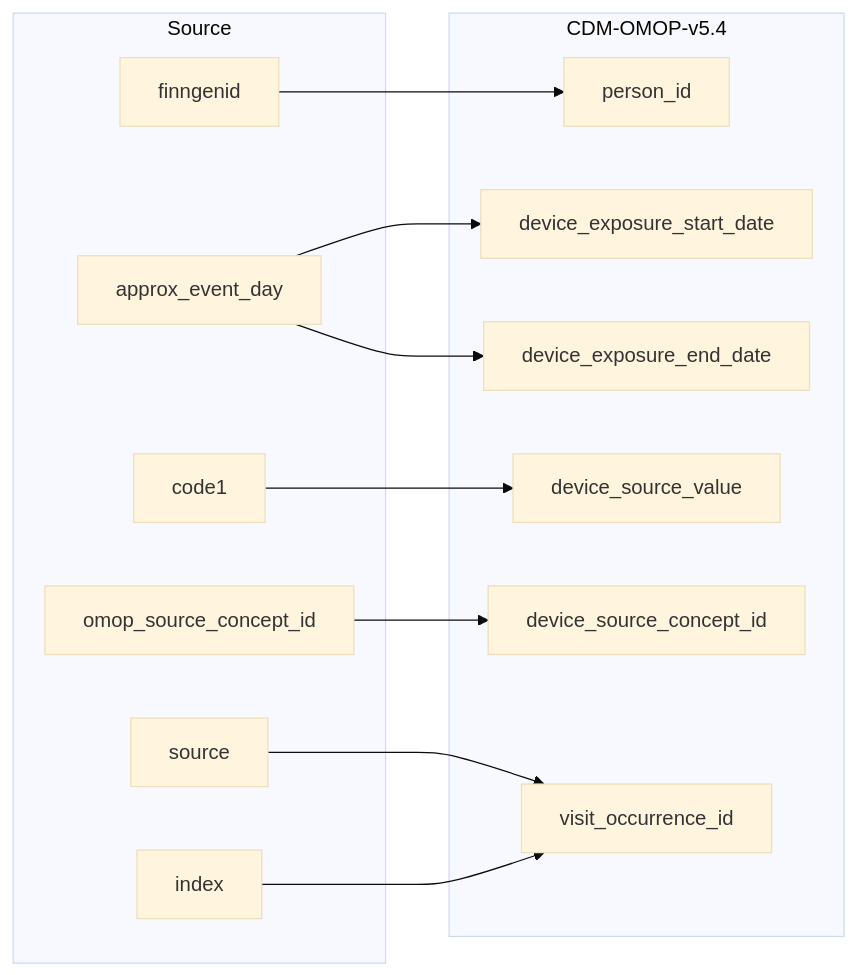
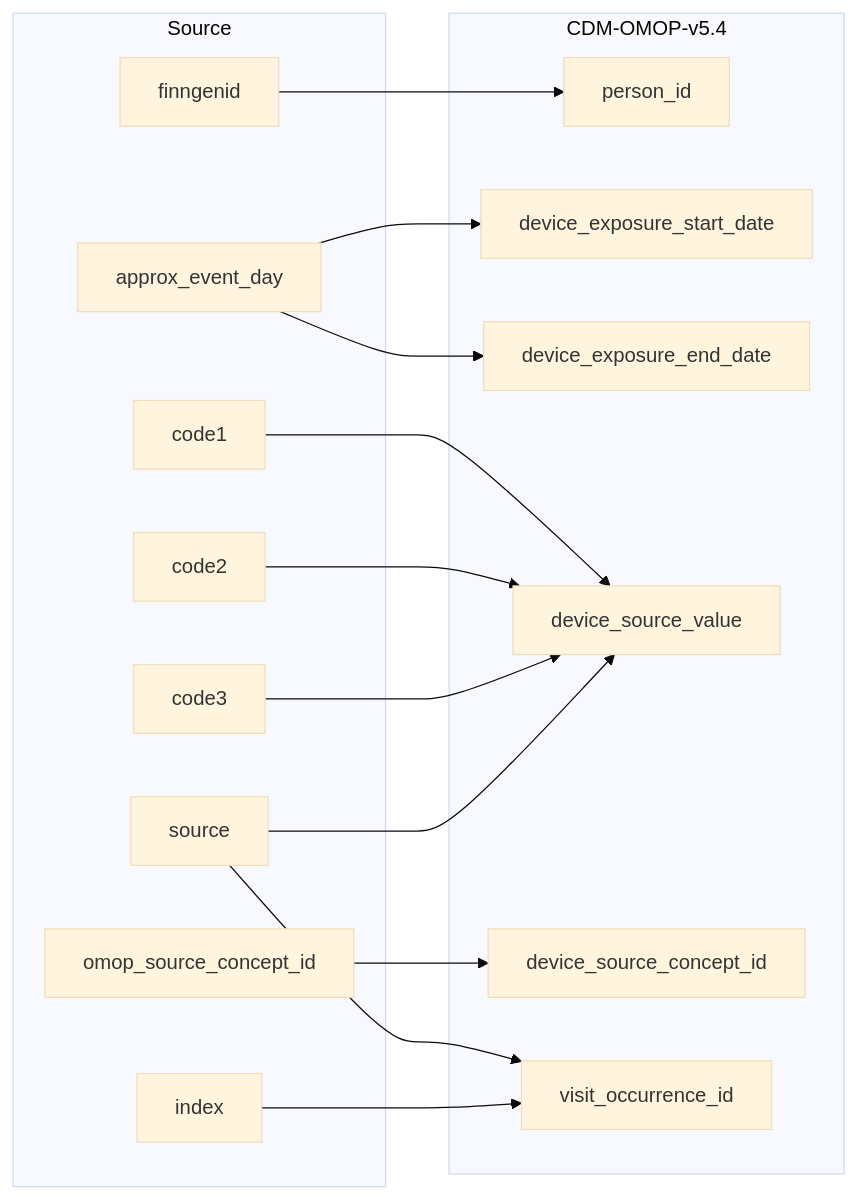
Before and after one commit to FINNGEN/ETL: the diagram in 2_etl_specifications/documentation/stem_to_device_exposure.md, drawn with Mermaid. The commit also changed other lines of this file and 14 other files, not shown here.

First line of the commit message:
Add SOURCE to _source_value in all domain tables (condition, procedure, device, measurement, observation)

````diff
--- a/2_etl_specifications/documentation/stem_to_device_exposure.md
+++ b/2_etl_specifications/documentation/stem_to_device_exposure.md
@@ -10,30 +10,35 @@
 ```mermaid
 %%{init: {'theme': 'base' } }%%
 %%{init: {'theme': 'base' } }%%
 flowchart LR
     subgraph Source
         finngenid
         source
         approx_event_day
         code1
+        code2
+        code3
         index
         omop_source_concept_id
     end
 
     subgraph CDM-OMOP-v5.4
         person_id
         device_exposure_start_date
         device_exposure_end_date
         device_source_value
         device_source_concept_id
         visit_occurrence_id
     end
 
     finngenid-->person_id
     approx_event_day-->device_exposure_start_date
     approx_event_day-->device_exposure_end_date
     source-->visit_occurrence_id
     index-->visit_occurrence_id
     code1-->device_source_value
+    code2-->device_source_value
+    code3-->device_source_value
+    source-->device_source_value
     omop_source_concept_id-->device_source_concept_id
 ```
````
